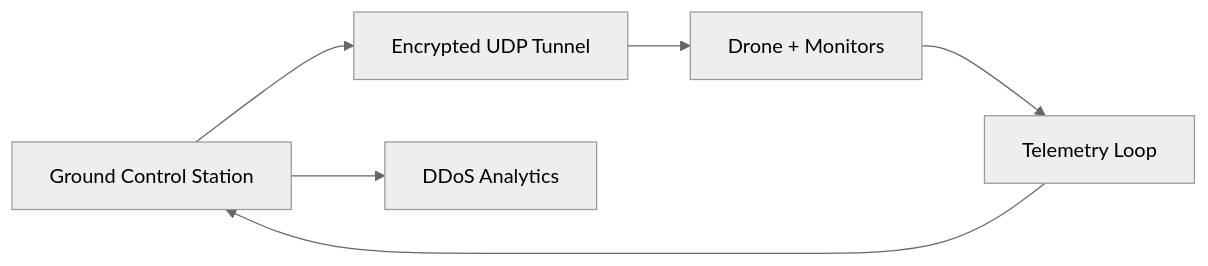
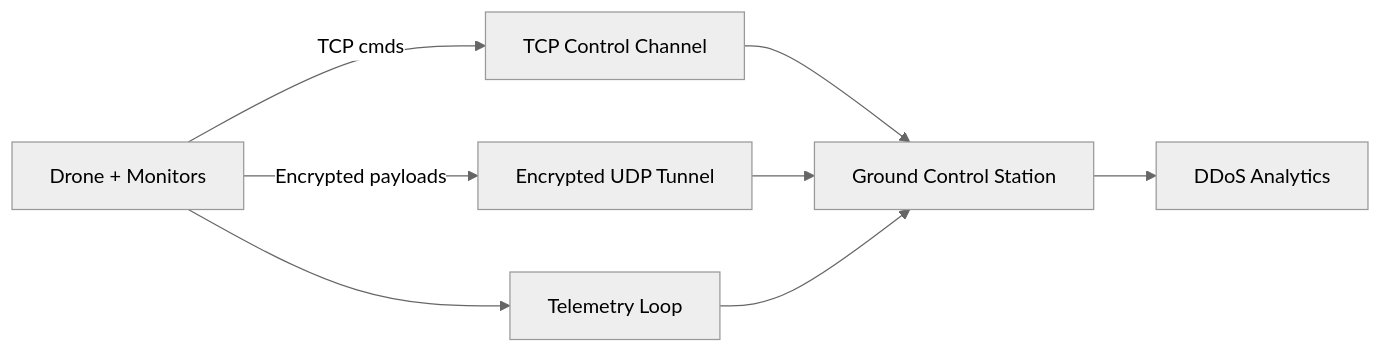
Before and after one commit to Kamalbura/research: the second of 18 diagrams in diagrames.md, drawn with Mermaid (neutral theme). The commit also changed other lines of this file and 13 other files, not shown here.

````diff
--- a/diagrames.md
+++ b/diagrames.md
@@ -68,12 +69,14 @@
 ```mermaid
 flowchart LR
+    Drone[Drone + Monitors]
+    TCP[TCP Control Channel]
+    UDP[Encrypted UDP Tunnel]
     GCS[Ground Control Station]
-    Tunnel[Encrypted UDP Tunnel]
-    Drone[Drone + Monitors]
     Telemetry[Telemetry Loop]
     DDoS[DDoS Analytics]
 
-    GCS --> Tunnel --> Drone
+    Drone -- TCP cmds --> TCP --> GCS
+    Drone -- Encrypted payloads --> UDP --> GCS
     Drone --> Telemetry --> GCS
     GCS --> DDoS
 ```
````
